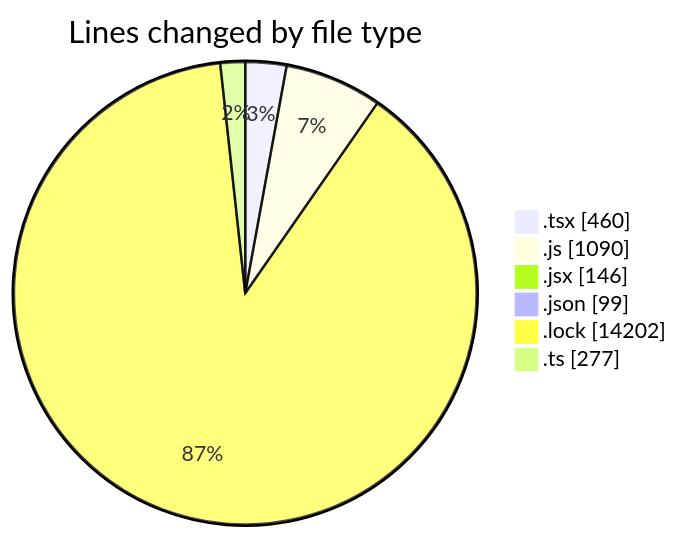
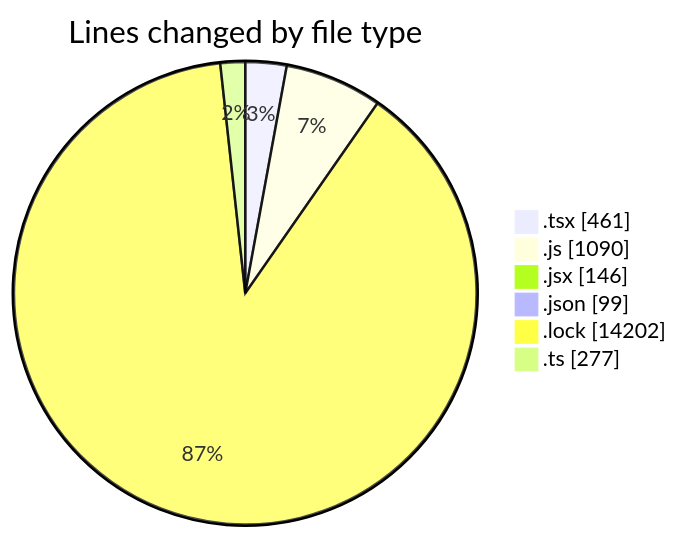
One commit to momahboobian/code-tracking changed the first of 2 diagrams in 2025-05-08/cda/README.md. Above: the diagram before and after it, drawn with Mermaid. The commit also changed other lines of this file and 1 other file, not shown here.

````diff
--- a/2025-05-08/cda/README.md
+++ b/2025-05-08/cda/README.md
@@ -35,10 +35,10 @@
 ```mermaid
 pie showData
 title Lines changed by file type
-".tsx" : 460
+".tsx" : 461
 ".js" : 1090
 ".jsx" : 146
 ".json" : 99
 ".lock" : 14202
 ".ts" : 277
 ```
````
